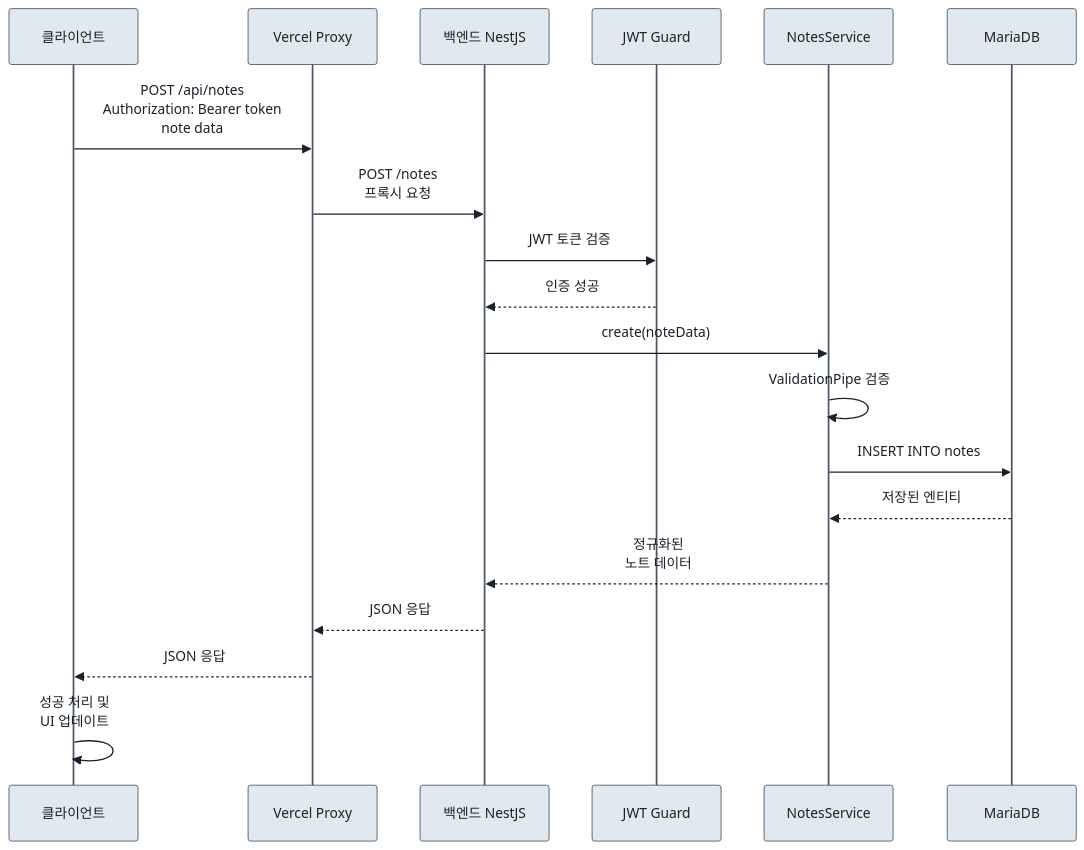
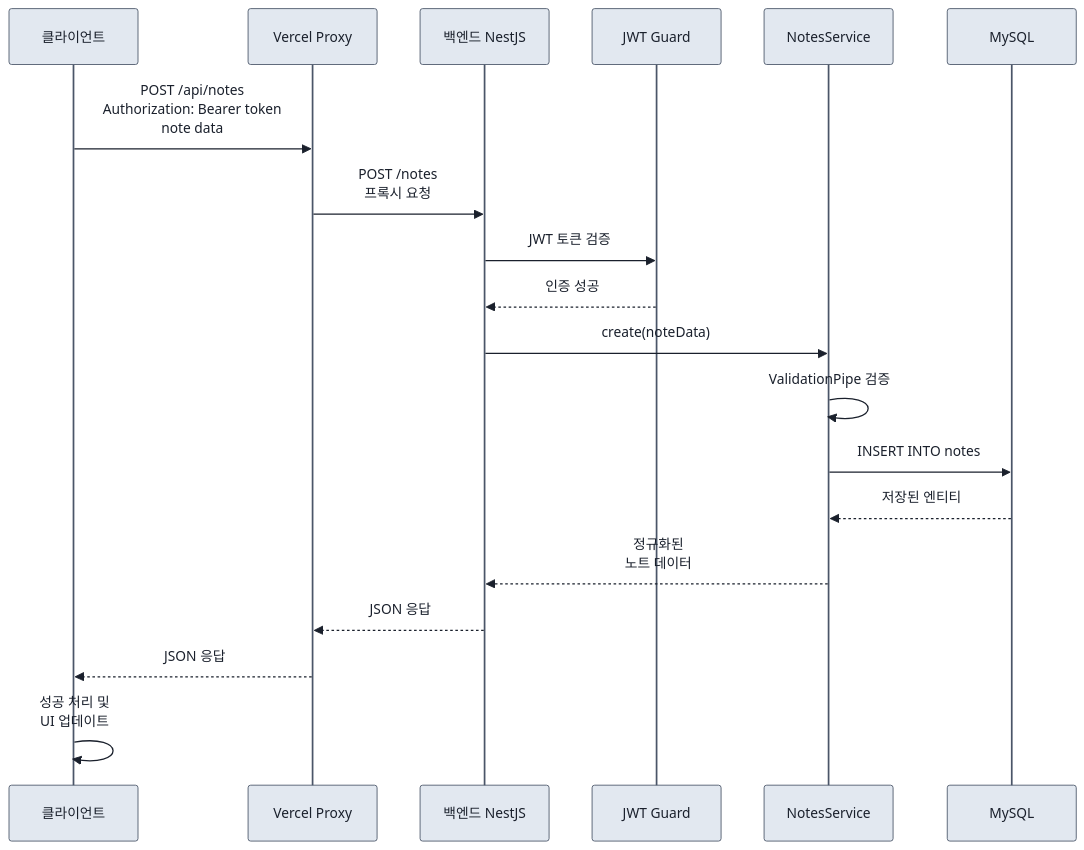
The eighth of 11 diagrams in docs/architecture/SERVER_ARCHITECTURE.md (FLYLIKEB/ChaLog), drawn with Mermaid before and after one commit. The commit also changed other lines of this file and 3 other files, not shown here.

````diff
--- a/docs/architecture/SERVER_ARCHITECTURE.md
+++ b/docs/architecture/SERVER_ARCHITECTURE.md
@@ -268,23 +268,23 @@
 ```mermaid
 %%{init: {'theme':'base', 'themeVariables': { 'primaryColor':'#e2e8f0', 'primaryTextColor':'#1a202c', 'primaryBorderColor':'#4a5568', 'lineColor':'#718096', 'secondaryColor':'#cbd5e0', 'tertiaryColor':'#f7fafc'}}}%%
 sequenceDiagram
     participant Client as 클라이언트
     participant Proxy as Vercel Proxy
     participant Backend as 백엔드 NestJS
     participant Guard as JWT Guard
     participant Service as NotesService
-    participant DB as MariaDB
+    participant DB as MySQL
 
     Client->>Proxy: POST /api/notes<br/>Authorization: Bearer token<br/>note data
     Proxy->>Backend: POST /notes<br/>프록시 요청
     Backend->>Guard: JWT 토큰 검증
     Guard-->>Backend: 인증 성공
     Backend->>Service: create(noteData)
     Service->>Service: ValidationPipe 검증
     Service->>DB: INSERT INTO notes
     DB-->>Service: 저장된 엔티티
     Service-->>Backend: 정규화된<br/>노트 데이터
     Backend-->>Proxy: JSON 응답
     Proxy-->>Client: JSON 응답
     Client->>Client: 성공 처리 및<br/>UI 업데이트
 ```
````
